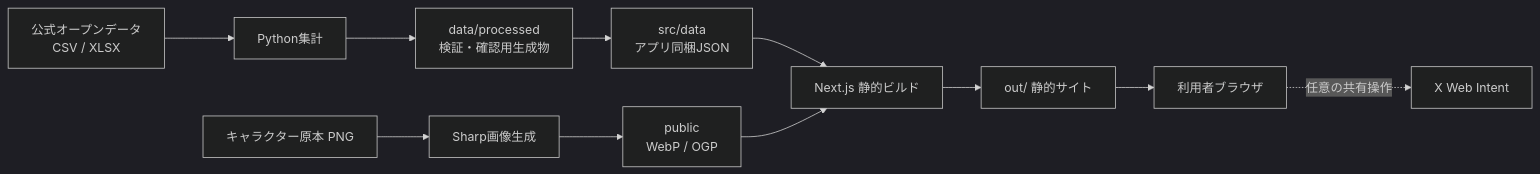
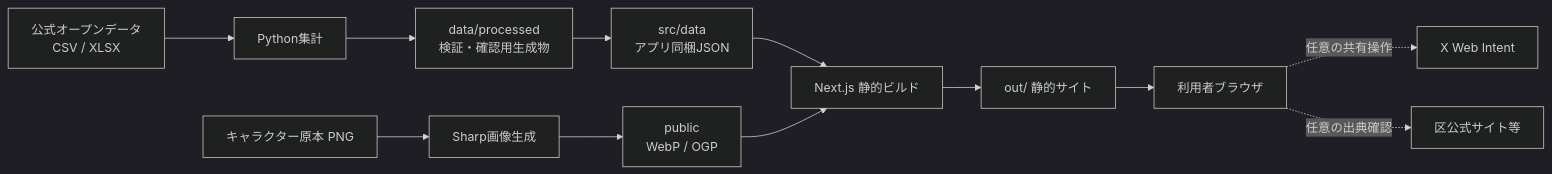
Before and after one commit to FukaseDaichi/TokyoOpenDataHackathon: the first of 2 diagrams in docs/system-design/01-system-overview.md, drawn with Mermaid (dark theme). The commit also changed other lines of this file and 10 other files, not shown here.

````diff
--- a/docs/system-design/01-system-overview.md
+++ b/docs/system-design/01-system-overview.md
@@ -9,13 +9,14 @@
 ```mermaid
 flowchart LR
   Raw["公式オープンデータ\nCSV / XLSX"] --> Py["Python集計"]
   Py --> Processed["data/processed\n検証・確認用生成物"]
   Processed --> Snapshot["src/data\nアプリ同梱JSON"]
   Assets["キャラクター原本 PNG"] --> Sharp["Sharp画像生成"]
   Sharp --> Public["public\nWebP / OGP"]
   Snapshot --> Next["Next.js 静的ビルド"]
   Public --> Next
   Next --> Out["out/ 静的サイト"]
   Out --> Browser["利用者ブラウザ"]
   Browser -. "任意の共有操作" .-> X["X Web Intent"]
+  Browser -. "任意の出典確認" .-> Sources["区公式サイト等"]
 ```
````
